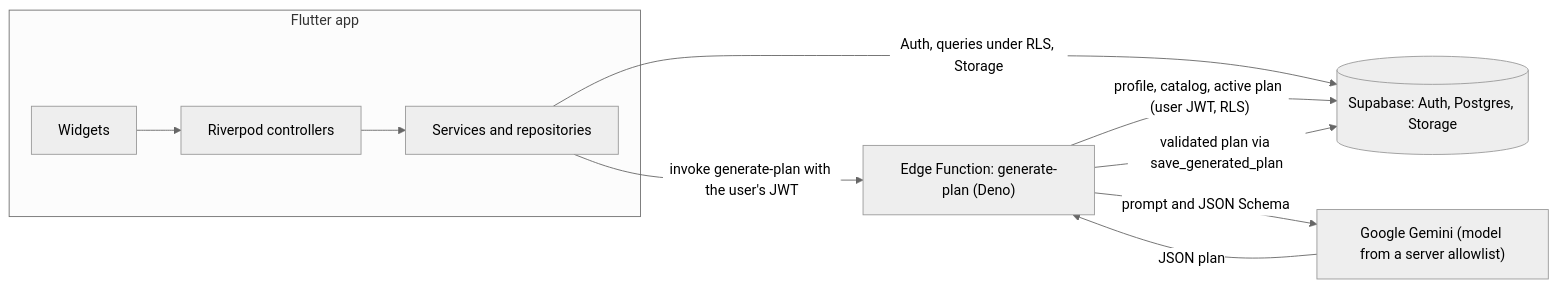
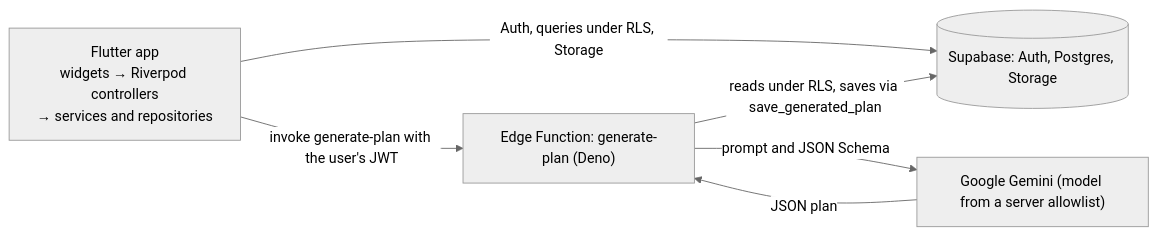
One commit to hafid-firman-febrian/Repmind changed the diagram in README.md. Above: the diagram before and after it, drawn with Mermaid (neutral theme). The commit also changed other lines of this file, not shown here.

````diff
--- a/README.md
+++ b/README.md
@@ -25,13 +25,9 @@
 ```mermaid
 flowchart LR
-  subgraph App["Flutter app"]
-    UI["Widgets"] --> C["Riverpod controllers"]
-    C --> R["Services and repositories"]
-  end
-  R -->|"Auth, queries under RLS, Storage"| SB[("Supabase: Auth, Postgres, Storage")]
-  R -->|"invoke generate-plan with the user's JWT"| EF["Edge Function: generate-plan (Deno)"]
-  EF -->|"profile, catalog, active plan (user JWT, RLS)"| SB
+  APP["Flutter app<br/>widgets → Riverpod controllers<br/>→ services and repositories"]
+  APP -->|"Auth, queries under RLS, Storage"| SB[("Supabase: Auth, Postgres, Storage")]
+  APP -->|"invoke generate-plan with the user's JWT"| EF["Edge Function: generate-plan (Deno)"]
   EF -->|"prompt and JSON Schema"| G["Google Gemini (model from a server allowlist)"]
   G -->|"JSON plan"| EF
-  EF -->|"validated plan via save_generated_plan"| SB
+  EF -->|"reads under RLS, saves via save_generated_plan"| SB
 ```
````
